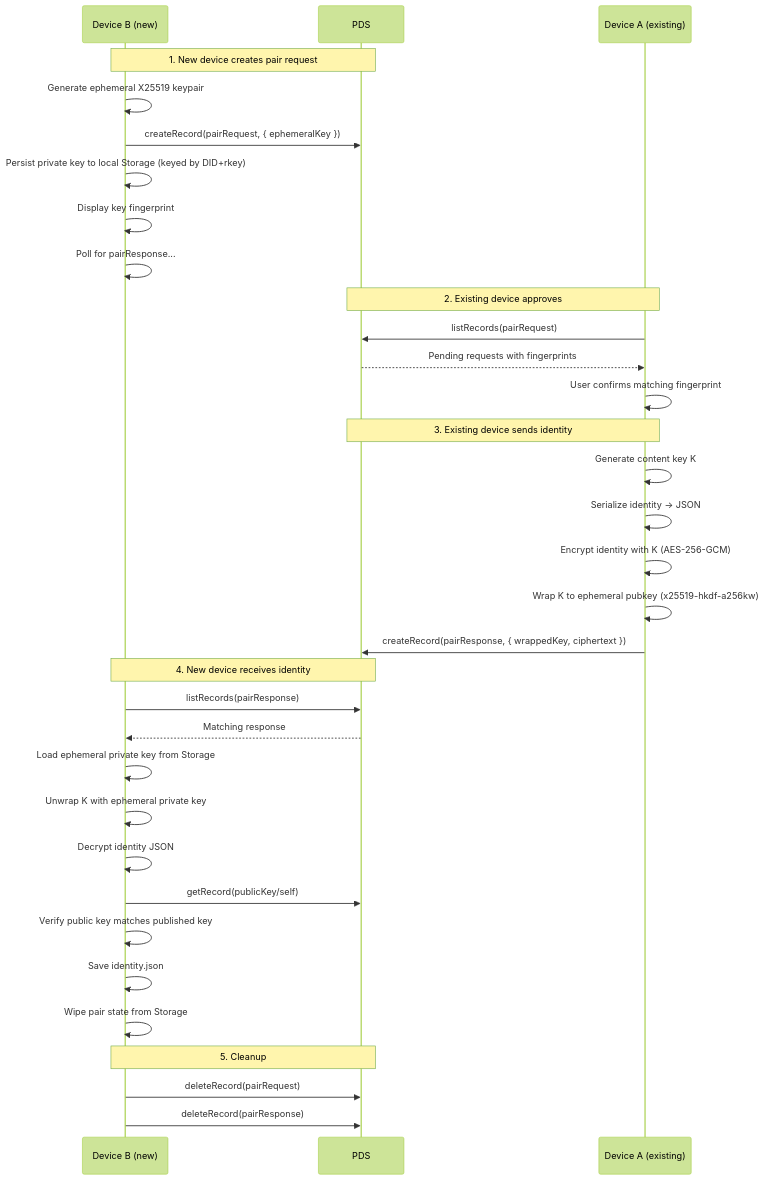
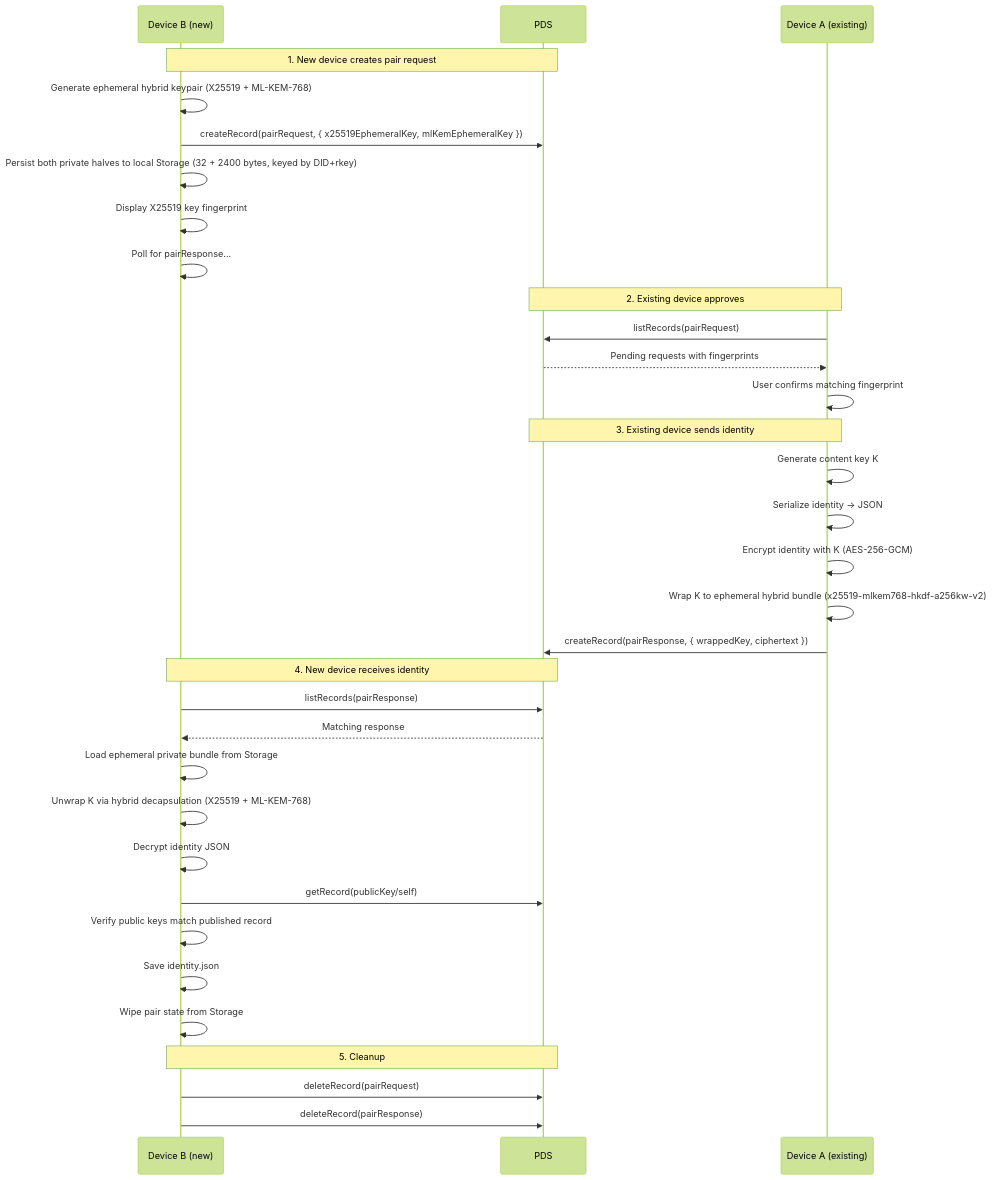
Before and after one commit to Sans-Self/Opake: the fifth of 5 diagrams in lexicons/README.md, drawn with Mermaid (forest theme). The commit also changed 113 other files, not shown here.

First line of the commit message:
Hybridize key wrapping with X25519 + ML-KEM-768

````diff
--- a/lexicons/README.md
+++ b/lexicons/README.md
@@ -154,40 +154,40 @@
 ```mermaid
 sequenceDiagram
     participant DevB as Device B (new)
     participant PDS
     participant DevA as Device A (existing)
 
     Note over DevB,PDS: 1. New device creates pair request
-    DevB->>DevB: Generate ephemeral X25519 keypair
-    DevB->>PDS: createRecord(pairRequest, { ephemeralKey })
-    DevB->>DevB: Persist private key to local Storage (keyed by DID+rkey)
-    DevB->>DevB: Display key fingerprint
+    DevB->>DevB: Generate ephemeral hybrid keypair (X25519 + ML-KEM-768)
+    DevB->>PDS: createRecord(pairRequest, { x25519EphemeralKey, mlKemEphemeralKey })
+    DevB->>DevB: Persist both private halves to local Storage (32 + 2400 bytes, keyed by DID+rkey)
+    DevB->>DevB: Display X25519 key fingerprint
     DevB->>DevB: Poll for pairResponse...
 
     Note over DevA,PDS: 2. Existing device approves
     DevA->>PDS: listRecords(pairRequest)
     PDS-->>DevA: Pending requests with fingerprints
     DevA->>DevA: User confirms matching fingerprint
 
     Note over DevA,PDS: 3. Existing device sends identity
     DevA->>DevA: Generate content key K
     DevA->>DevA: Serialize identity → JSON
     DevA->>DevA: Encrypt identity with K (AES-256-GCM)
-    DevA->>DevA: Wrap K to ephemeral pubkey (x25519-hkdf-a256kw)
+    DevA->>DevA: Wrap K to ephemeral hybrid bundle (x25519-mlkem768-hkdf-a256kw-v2)
     DevA->>PDS: createRecord(pairResponse, { wrappedKey, ciphertext })
 
     Note over DevB,PDS: 4. New device receives identity
     DevB->>PDS: listRecords(pairResponse)
     PDS-->>DevB: Matching response
-    DevB->>DevB: Load ephemeral private key from Storage
-    DevB->>DevB: Unwrap K with ephemeral private key
+    DevB->>DevB: Load ephemeral private bundle from Storage
+    DevB->>DevB: Unwrap K via hybrid decapsulation (X25519 + ML-KEM-768)
     DevB->>DevB: Decrypt identity JSON
     DevB->>PDS: getRecord(publicKey/self)
-    DevB->>DevB: Verify public key matches published key
+    DevB->>DevB: Verify public keys match published record
     DevB->>DevB: Save identity.json
     DevB->>DevB: Wipe pair state from Storage
 
     Note over DevB,PDS: 5. Cleanup
     DevB->>PDS: deleteRecord(pairRequest)
     DevB->>PDS: deleteRecord(pairResponse)
 ```
````
